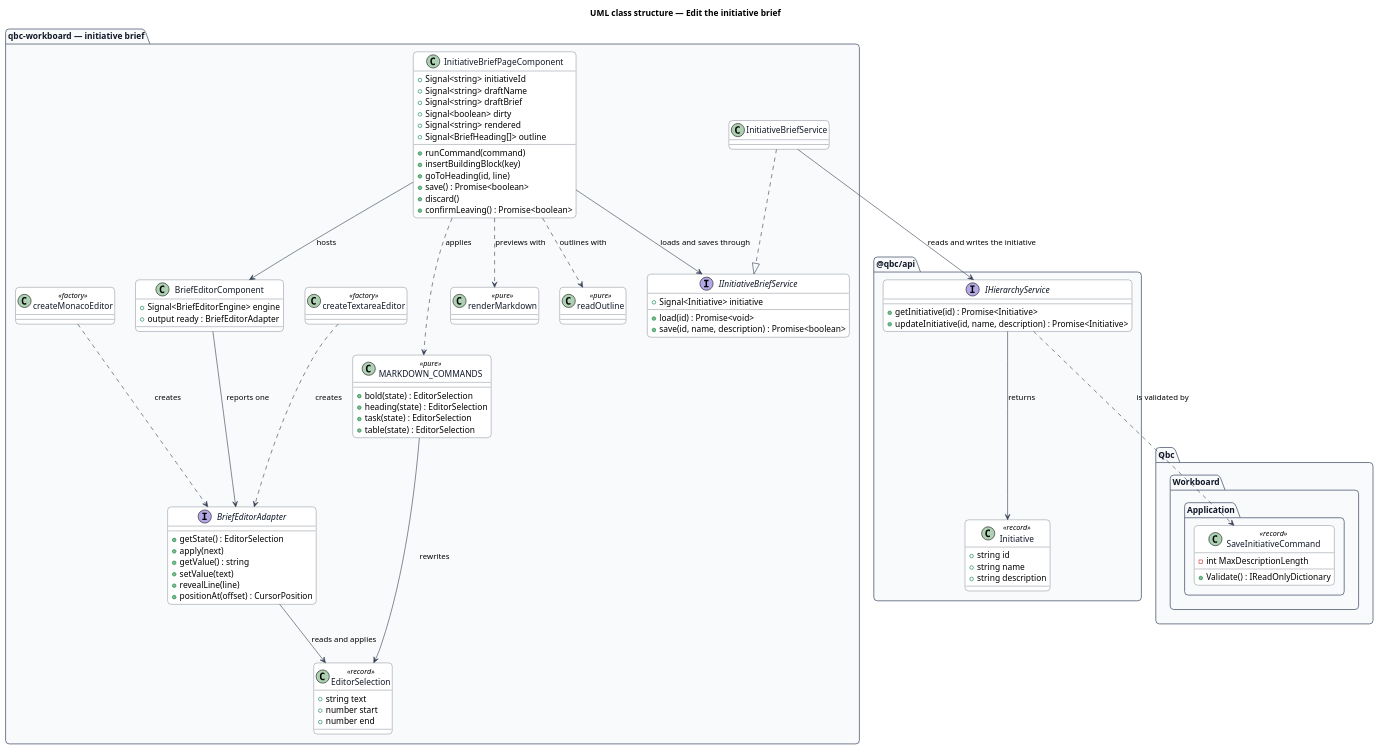
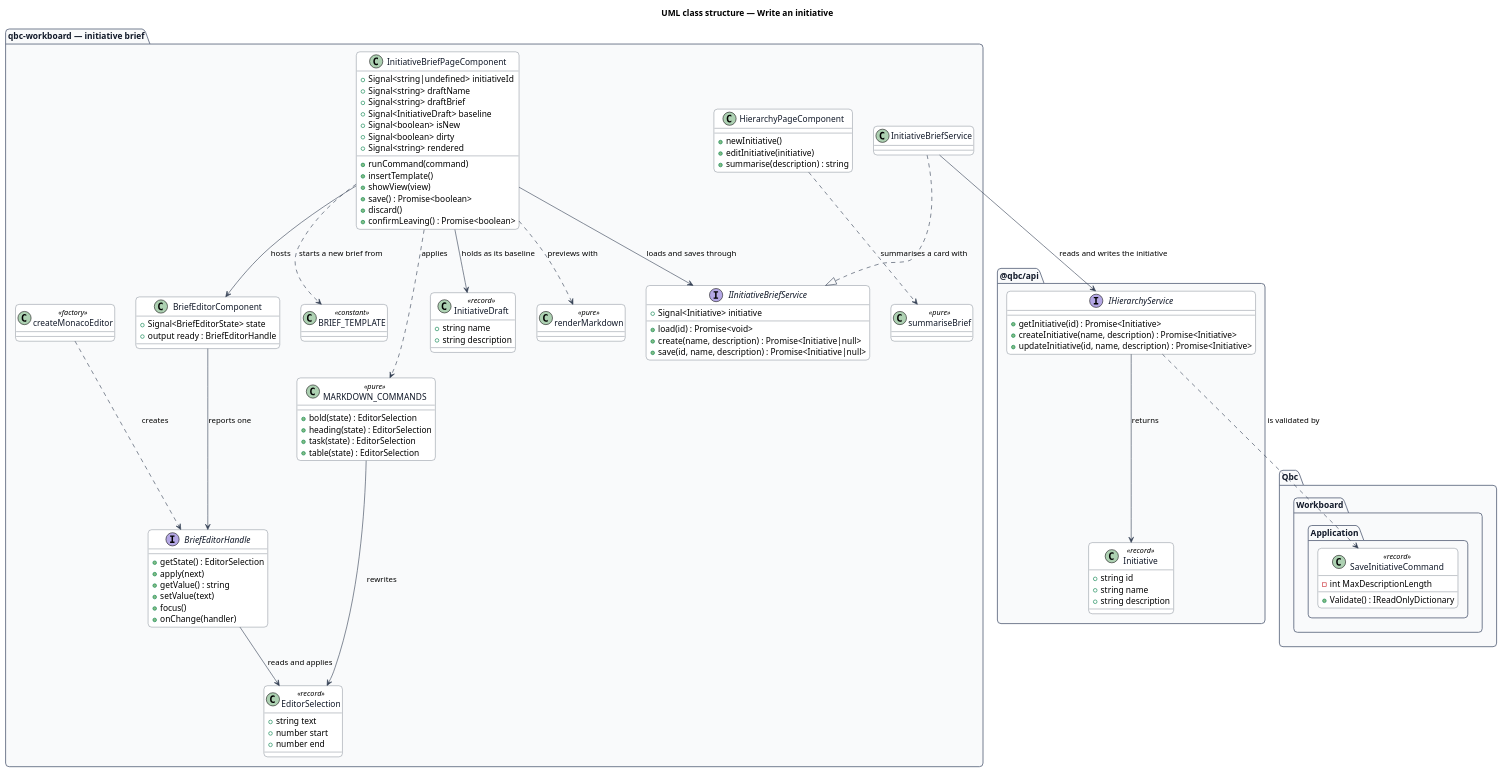
The diagram in docs/detailed-designs/work-items/edit-initiative-brief/diagrams/class-structure.puml (QuinntyneBrown/quinntyne-brown-consulting), drawn with PlantUML before and after one commit. The commit also changed 48 other files, not shown here.

```diff
--- a/docs/detailed-designs/work-items/edit-initiative-brief/diagrams/class-structure.puml
+++ b/docs/detailed-designs/work-items/edit-initiative-brief/diagrams/class-structure.puml
@@ -1,110 +1,125 @@
 @startuml
-title UML class structure — Edit the initiative brief
+title UML class structure — Write an initiative
 skinparam backgroundColor #FFFFFF
 skinparam shadowing false
 skinparam roundcorner 12
 skinparam defaultFontName Arial
 skinparam ArrowColor #344054
 skinparam class {
   BorderColor #344054
   FontColor #101828
   BackgroundColor #FFFFFF
 }
 skinparam package {
   BorderColor #667085
   FontColor #101828
   BackgroundColor #F9FAFB
 }
 
 package "qbc-workboard — initiative brief" {
+  class HierarchyPageComponent {
+    +newInitiative()
+    +editInitiative(initiative)
+    +summarise(description) : string
+  }
+
   class InitiativeBriefPageComponent {
-    +Signal<string> initiativeId
+    +Signal<string|undefined> initiativeId
     +Signal<string> draftName
     +Signal<string> draftBrief
+    +Signal<InitiativeDraft> baseline
+    +Signal<boolean> isNew
     +Signal<boolean> dirty
     +Signal<string> rendered
-    +Signal<BriefHeading[]> outline
     +runCommand(command)
-    +insertBuildingBlock(key)
-    +goToHeading(id, line)
+    +insertTemplate()
+    +showView(view)
     +save() : Promise<boolean>
     +discard()
     +confirmLeaving() : Promise<boolean>
   }
 
   interface IInitiativeBriefService {
     +Signal<Initiative> initiative
     +load(id) : Promise<void>
-    +save(id, name, description) : Promise<boolean>
+    +create(name, description) : Promise<Initiative|null>
+    +save(id, name, description) : Promise<Initiative|null>
   }
 
   class InitiativeBriefService
 
   class BriefEditorComponent {
-    +Signal<BriefEditorEngine> engine
-    +output ready : BriefEditorAdapter
+    +Signal<BriefEditorState> state
+    +output ready : BriefEditorHandle
   }
 
-  interface BriefEditorAdapter {
+  interface BriefEditorHandle {
     +getState() : EditorSelection
     +apply(next)
     +getValue() : string
     +setValue(text)
-    +revealLine(line)
-    +positionAt(offset) : CursorPosition
+    +focus()
+    +onChange(handler)
   }
 
   class createMonacoEditor <<factory>>
-  class createTextareaEditor <<factory>>
 
   class MARKDOWN_COMMANDS <<pure>> {
     +bold(state) : EditorSelection
     +heading(state) : EditorSelection
     +task(state) : EditorSelection
     +table(state) : EditorSelection
   }
 
   class renderMarkdown <<pure>>
-  class readOutline <<pure>>
+  class summariseBrief <<pure>>
+  class BRIEF_TEMPLATE <<constant>>
 
   class EditorSelection <<record>> {
     +string text
     +number start
     +number end
   }
+
+  class InitiativeDraft <<record>> {
+    +string name
+    +string description
+  }
 }
 
 package "@qbc/api" {
   interface IHierarchyService {
     +getInitiative(id) : Promise<Initiative>
+    +createInitiative(name, description) : Promise<Initiative>
     +updateInitiative(id, name, description) : Promise<Initiative>
   }
   class Initiative <<record>> {
     +string id
     +string name
     +string description
   }
 }
 
 package "Qbc.Workboard.Application" {
   class SaveInitiativeCommand <<record>> {
     -int MaxDescriptionLength
     +Validate() : IReadOnlyDictionary
   }
 }
 
 InitiativeBriefPageComponent --> IInitiativeBriefService : loads and saves through
 InitiativeBriefService ..|> IInitiativeBriefService
 InitiativeBriefService --> IHierarchyService : reads and writes the initiative
 IHierarchyService --> Initiative : returns
 InitiativeBriefPageComponent --> BriefEditorComponent : hosts
-BriefEditorComponent --> BriefEditorAdapter : reports one
-createMonacoEditor ..> BriefEditorAdapter : creates
-createTextareaEditor ..> BriefEditorAdapter : creates
+BriefEditorComponent --> BriefEditorHandle : reports one
+createMonacoEditor ..> BriefEditorHandle : creates
 InitiativeBriefPageComponent ..> MARKDOWN_COMMANDS : applies
 InitiativeBriefPageComponent ..> renderMarkdown : previews with
-InitiativeBriefPageComponent ..> readOutline : outlines with
+InitiativeBriefPageComponent ..> BRIEF_TEMPLATE : starts a new brief from
+InitiativeBriefPageComponent --> InitiativeDraft : holds as its baseline
+HierarchyPageComponent ..> summariseBrief : summarises a card with
 MARKDOWN_COMMANDS --> EditorSelection : rewrites
-BriefEditorAdapter --> EditorSelection : reads and applies
+BriefEditorHandle --> EditorSelection : reads and applies
 IHierarchyService ..> SaveInitiativeCommand : is validated by
 @enduml
```
